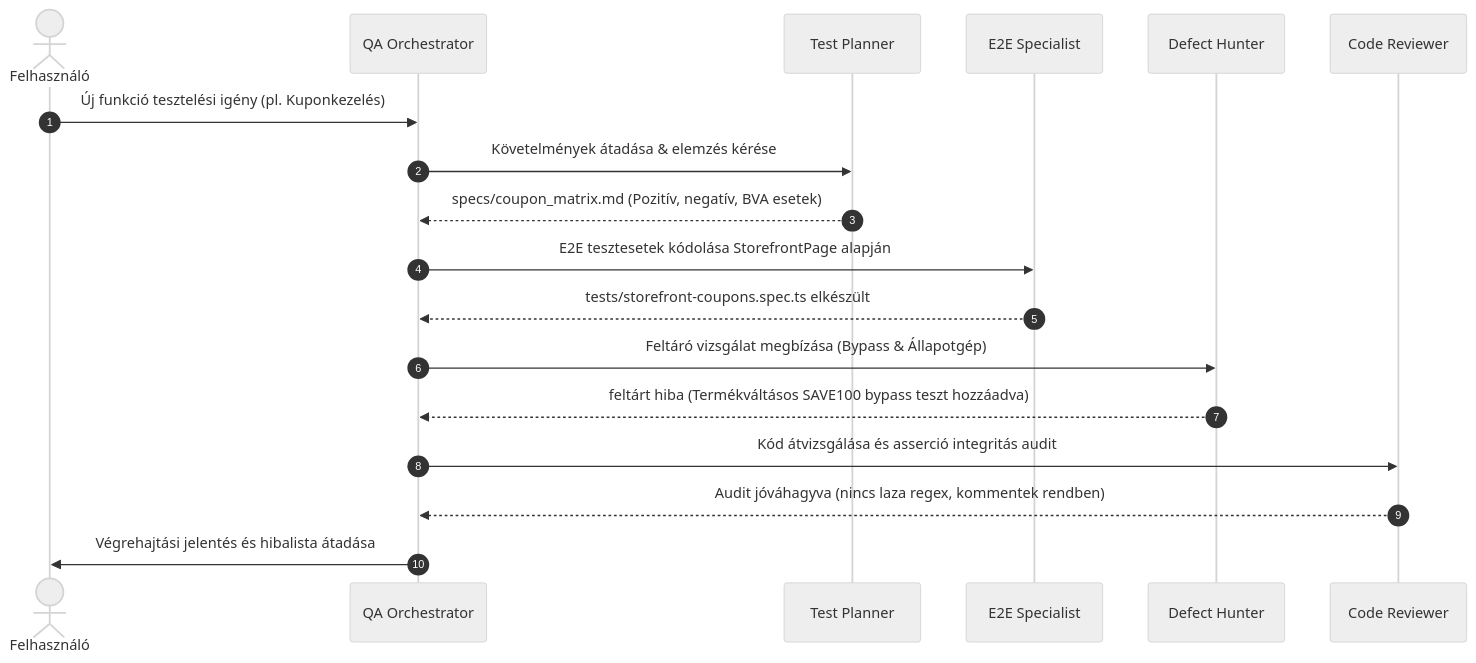
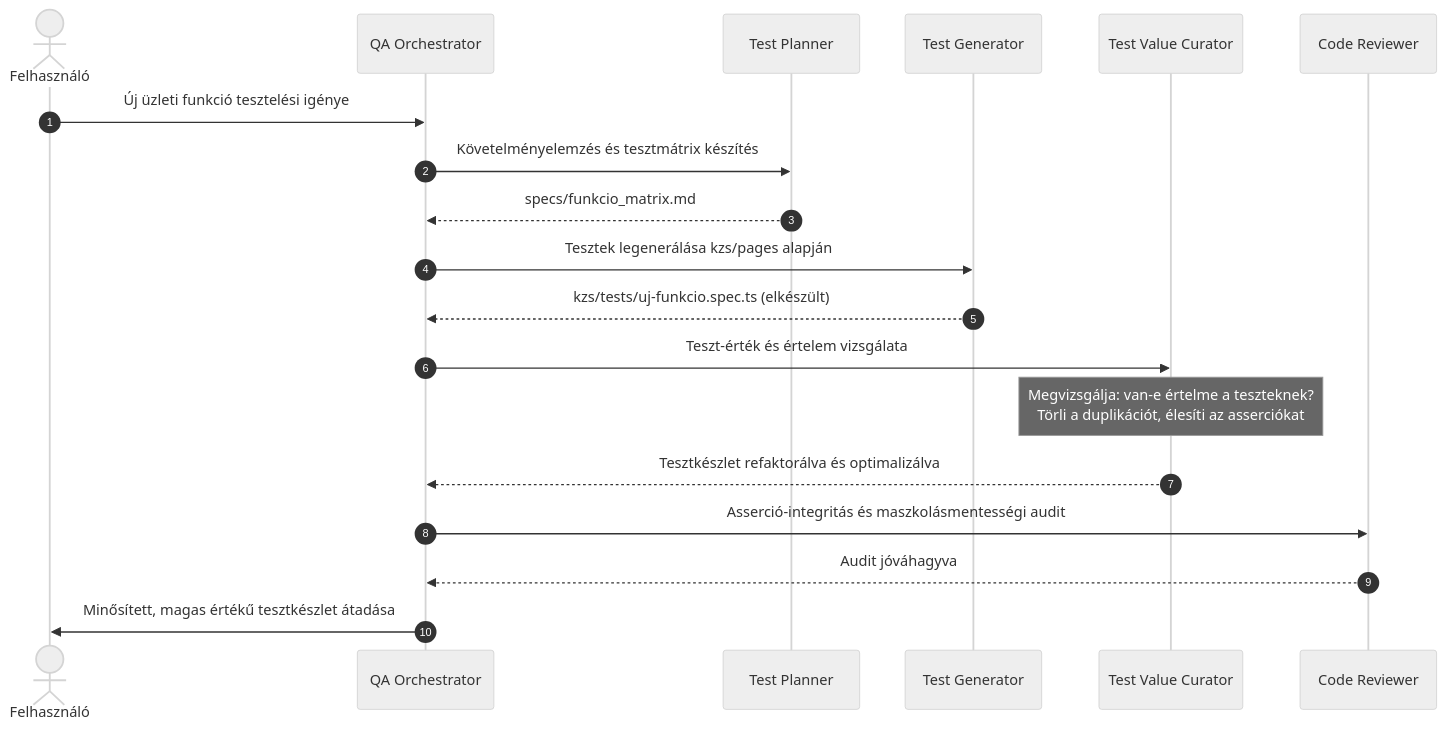
One commit to Szeligor/AI-playground changed the second of 2 diagrams in kzs/docs/subagents/README.md. Above: the diagram before and after it, drawn with Mermaid (neutral theme). The commit also changed other lines of this file and 3 other files, not shown here.

Commit message:
feat(subagents): add test_generator and test_curator subagents with full how-to documentation

````diff
--- a/kzs/docs/subagents/README.md
+++ b/kzs/docs/subagents/README.md
@@ -120,21 +126,22 @@
 ```mermaid
 sequenceDiagram
     autonumber
     actor User as Felhasználó
     participant Orch as QA Orchestrator
     participant Plan as Test Planner
-    participant E2E as E2E Specialist
-    participant Hunt as Defect Hunter
+    participant Gen as Test Generator
+    participant Cur as Test Value Curator
     participant Rev as Code Reviewer
 
-    User->>Orch: Új funkció tesztelési igény (pl. Kuponkezelés)
-    Orch->>Plan: Követelmények átadása & elemzés kérése
-    Plan-->>Orch: specs/coupon_matrix.md (Pozitív, negatív, BVA esetek)
-    Orch->>E2E: E2E tesztesetek kódolása StorefrontPage alapján
-    E2E-->>Orch: tests/storefront-coupons.spec.ts elkészült
-    Orch->>Hunt: Feltáró vizsgálat megbízása (Bypass & Állapotgép)
-    Hunt-->>Orch: feltárt hiba (Termékváltásos SAVE100 bypass teszt hozzáadva)
-    Orch->>Rev: Kód átvizsgálása és asserció integritás audit
-    Rev-->>Orch: Audit jóváhagyva (nincs laza regex, kommentek rendben)
-    Orch->>User: Végrehajtási jelentés és hibalista átadása
+    User->>Orch: Új üzleti funkció tesztelési igénye
+    Orch->>Plan: Követelményelemzés és tesztmátrix készítés
+    Plan-->>Orch: specs/funkcio_matrix.md
+    Orch->>Gen: Tesztek legenerálása kzs/pages alapján
+    Gen-->>Orch: kzs/tests/uj-funkcio.spec.ts (elkészült)
+    Orch->>Cur: Teszt-érték és értelem vizsgálata
+    Note over Cur: Megvizsgálja: van-e értelme a teszteknek?<br/>Törli a duplikációt, élesíti az asserciókat
+    Cur-->>Orch: Tesztkészlet refaktorálva és optimalizálva
+    Orch->>Rev: Asserció-integritás és maszkolásmentességi audit
+    Rev-->>Orch: Audit jóváhagyva
+    Orch->>User: Minősített, magas értékű tesztkészlet átadása
 ```
````
